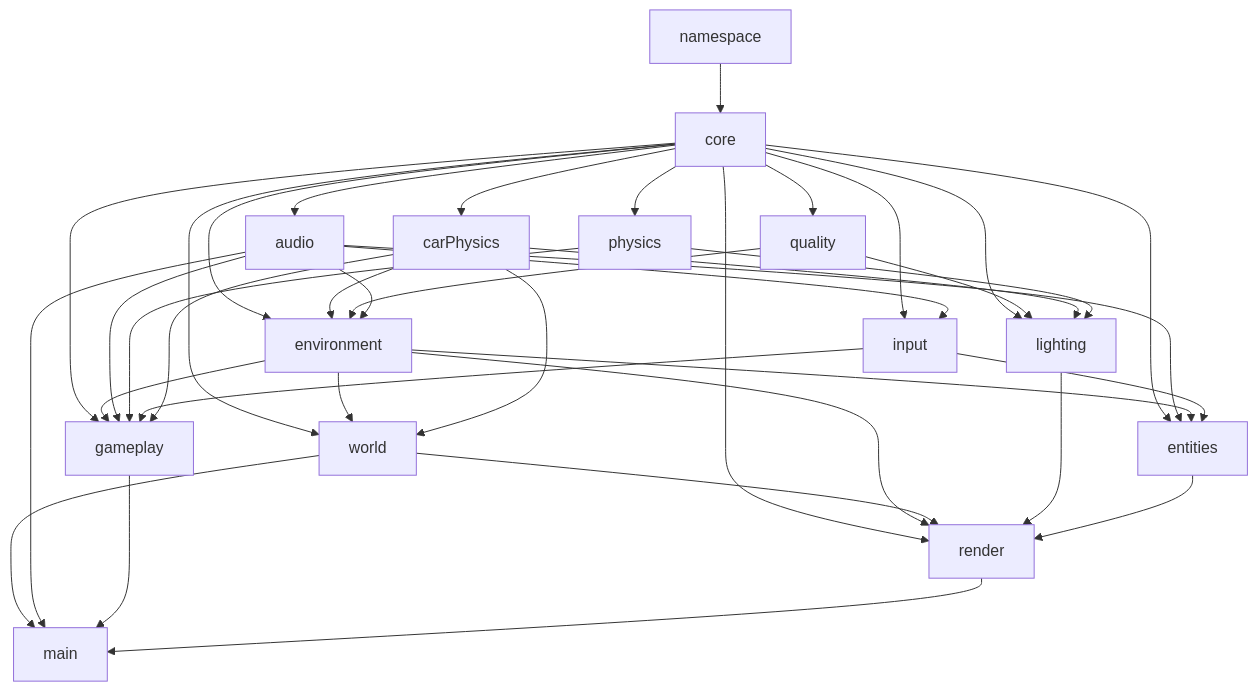
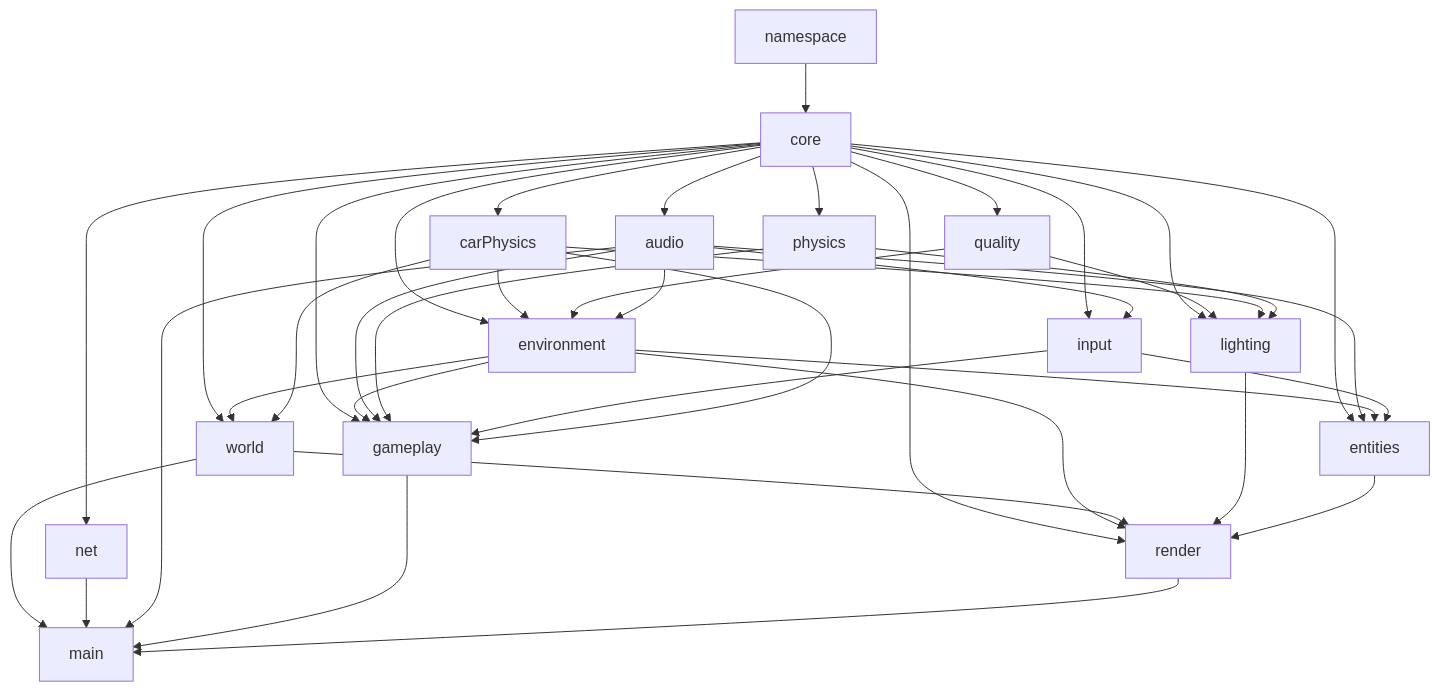
Before and after one commit to dinoel/zombie-delivery: the diagram in docs/architecture.md, drawn with Mermaid. The commit also changed other lines of this file and 10 other files, not shown here.

````diff
--- a/docs/architecture.md
+++ b/docs/architecture.md
@@ -7,40 +7,42 @@
 ```mermaid
 flowchart TD
   N["namespace"] --> C["core"]
   C --> Q["quality"]
   C --> A["audio"]
   C --> D["carPhysics"]
   C --> E["environment"]
   D --> E
   Q --> E
   C --> P["physics"]
   C --> I["input"]
   A --> I
   C --> L["lighting"]
   Q --> L
   D --> L
   P --> L
   C --> W["world"]
   E --> W
   D --> W
   A --> E
   C --> G["gameplay"]
   E --> G
   A --> G
   P --> G
   I --> G
   D --> G
   C --> X["entities"]
   A --> X
   E --> X
   I --> X
   C --> R["render"]
   E --> R
   W --> R
   L --> R
   X --> R
+  C --> NT["net"]
   W --> M["main"]
+  NT --> M
   A --> M
   G --> M
   R --> M
 ```
````
